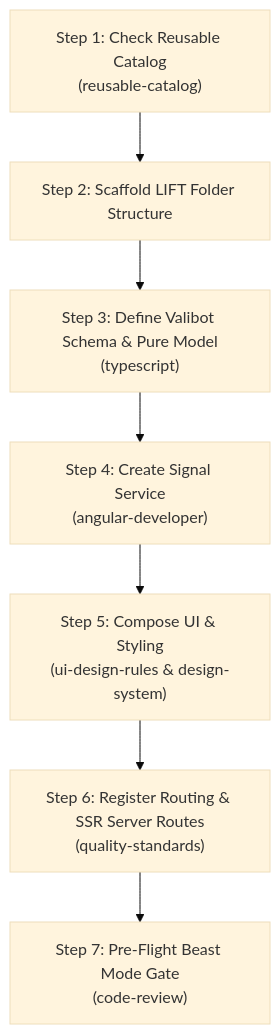
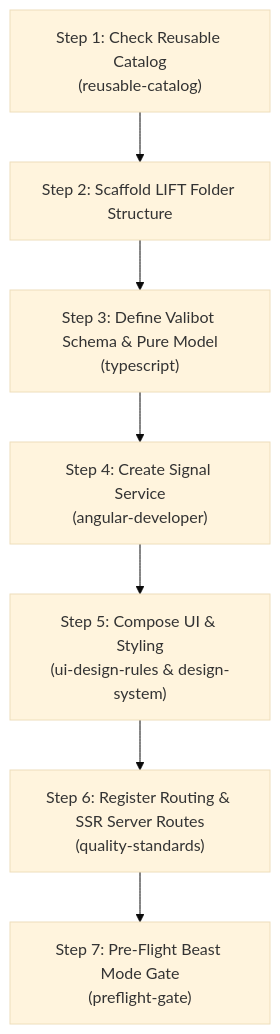
One commit to youssefathalla/atteya-store changed the diagram in .agents/skills/new-feature/SKILL.md. Above: the diagram before and after it, drawn with Mermaid (base theme). The commit also changed other lines of this file and 54 other files, not shown here.

````diff
--- a/.agents/skills/new-feature/SKILL.md
+++ b/.agents/skills/new-feature/SKILL.md
@@ -16,12 +16,12 @@
 ```mermaid
 graph TD
     S1["Step 1: Check Reusable Catalog<br/>(reusable-catalog)"]
     S2["Step 2: Scaffold LIFT Folder Structure"]
     S3["Step 3: Define Valibot Schema & Pure Model<br/>(typescript)"]
     S4["Step 4: Create Signal Service<br/>(angular-developer)"]
     S5["Step 5: Compose UI & Styling<br/>(ui-design-rules & design-system)"]
     S6["Step 6: Register Routing & SSR Server Routes<br/>(quality-standards)"]
-    S7["Step 7: Pre-Flight Beast Mode Gate<br/>(code-review)"]
+    S7["Step 7: Pre-Flight Beast Mode Gate<br/>(preflight-gate)"]
 
     S1 --> S2 --> S3 --> S4 --> S5 --> S6 --> S7
 ```
````
